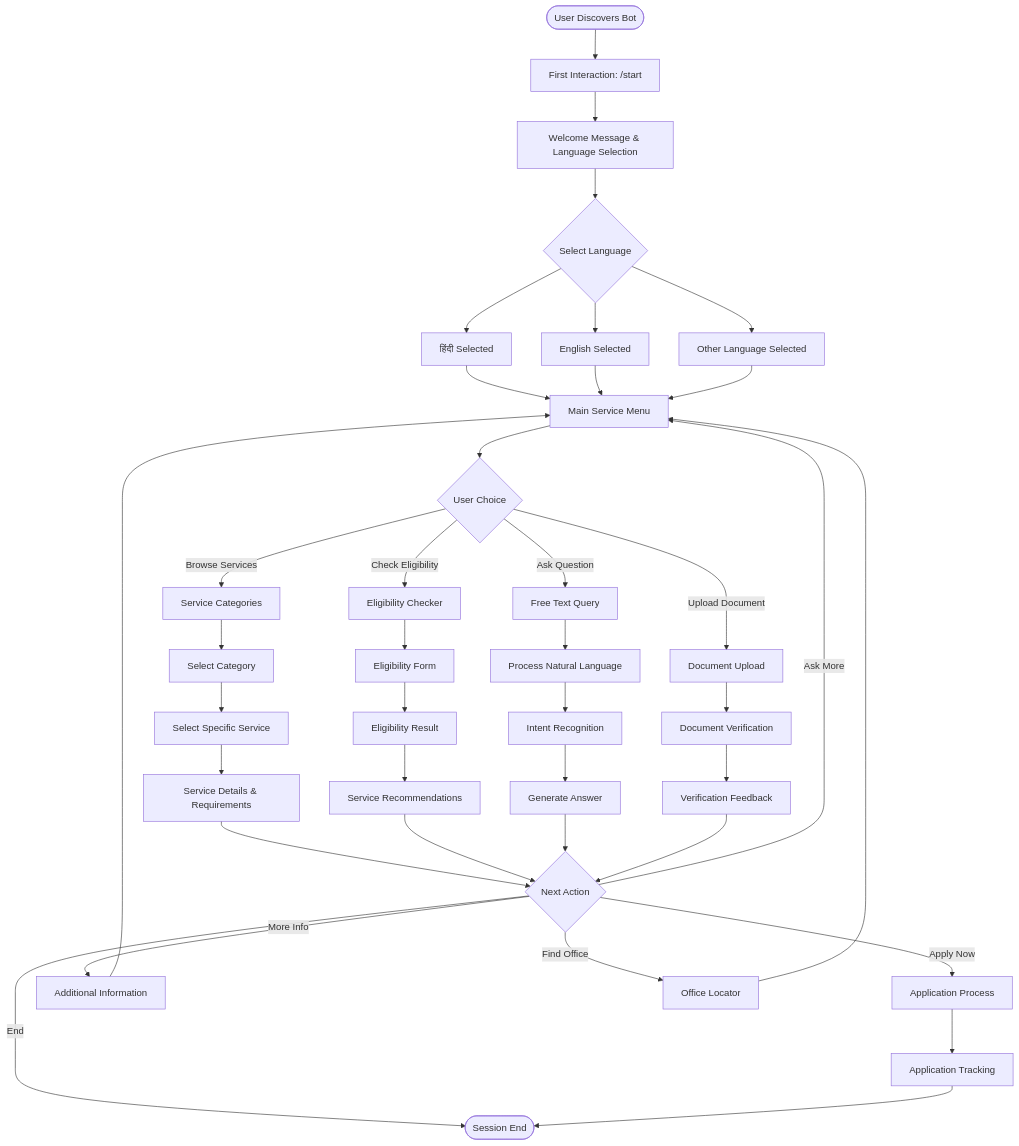
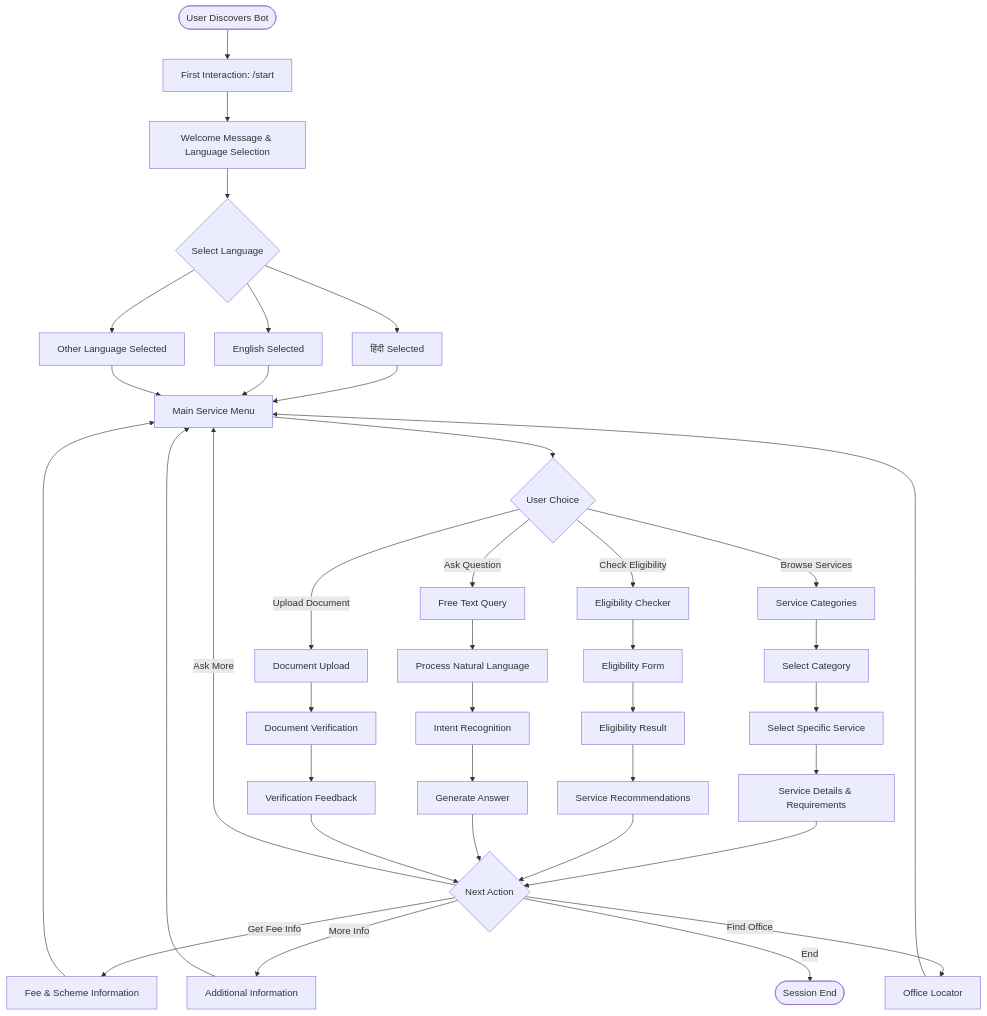
One commit to sairishigangarapu/Hack_2_skill changed the fifth of 10 diagrams in design.md. Above: the diagram before and after it, drawn with Mermaid. The commit also changed other lines of this file and 1 other file, not shown here.

````diff
--- a/design.md
+++ b/design.md
@@ -370,52 +373,52 @@
 ```mermaid
 flowchart TD
     START([User Discovers Bot]) --> FIRST[First Interaction: /start]
     FIRST --> WELCOME[Welcome Message & Language Selection]
     
     WELCOME --> LANG{Select Language}
     LANG --> HINDI[हिंदी Selected]
     LANG --> ENGLISH[English Selected]
     LANG --> OTHER[Other Language Selected]
     
     HINDI --> MENU[Main Service Menu]
     ENGLISH --> MENU
     OTHER --> MENU
     
     MENU --> CHOICE{User Choice}
     
     CHOICE -->|Browse Services| BROWSE[Service Categories]
     CHOICE -->|Check Eligibility| ELIGIBILITY[Eligibility Checker]
     CHOICE -->|Ask Question| QUESTION[Free Text Query]
     CHOICE -->|Upload Document| UPLOAD[Document Upload]
     
     BROWSE --> CATEGORY[Select Category]
     CATEGORY --> SERVICE[Select Specific Service]
     SERVICE --> DETAILS[Service Details & Requirements]
     
     ELIGIBILITY --> FORM[Eligibility Form]
     FORM --> RESULT[Eligibility Result]
     RESULT --> RECOMMEND[Service Recommendations]
     
     QUESTION --> NLP[Process Natural Language]
     NLP --> UNDERSTAND[Intent Recognition]
     UNDERSTAND --> ANSWER[Generate Answer]
     
     UPLOAD --> VERIFY[Document Verification]
     VERIFY --> FEEDBACK[Verification Feedback]
     
     DETAILS --> ACTION{Next Action}
     RECOMMEND --> ACTION
     ANSWER --> ACTION
     FEEDBACK --> ACTION
     
-    ACTION -->|Apply Now| APPLY[Application Process]
+    ACTION -->|Get Fee Info| FEES[Fee & Scheme Information]
     ACTION -->|More Info| INFO[Additional Information]
     ACTION -->|Find Office| LOCATION[Office Locator]
     ACTION -->|Ask More| MENU
     ACTION -->|End| END([Session End])
     
-    APPLY --> TRACK[Application Tracking]
+    FEES --> MENU
     INFO --> MENU
     LOCATION --> MENU
-    TRACK --> END
+    END
 ```
````
